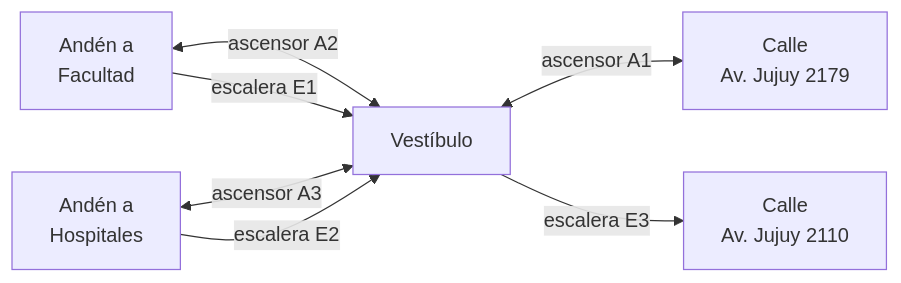
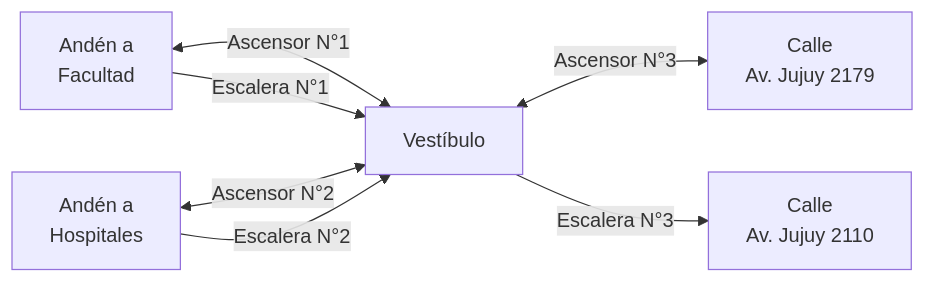
Before and after one commit to juanfere/accesibilidad_subte: the diagram in modelo/analisis.md, drawn with Mermaid. The commit also changed other lines of this file and 9 other files, not shown here.

````diff
--- a/modelo/analisis.md
+++ b/modelo/analisis.md
@@ -41,14 +43,14 @@
 ```mermaid
 flowchart LR
     AF["Andén a<br/>Facultad"]
     AH["Andén a<br/>Hospitales"]
     V["Vestíbulo"]
     C1["Calle<br/>Av. Jujuy 2179"]
     C2["Calle<br/>Av. Jujuy 2110"]
-    AF <-- "ascensor A2" --> V
-    AH <-- "ascensor A3" --> V
-    V <-- "ascensor A1" --> C1
-    AF -- "escalera E1" --> V
-    AH -- "escalera E2" --> V
-    V -- "escalera E3" --> C2
+    AF <-- "Ascensor N°1" --> V
+    AH <-- "Ascensor N°2" --> V
+    V <-- "Ascensor N°3" --> C1
+    AF -- "Escalera N°1" --> V
+    AH -- "Escalera N°2" --> V
+    V -- "Escalera N°3" --> C2
 ```
````
